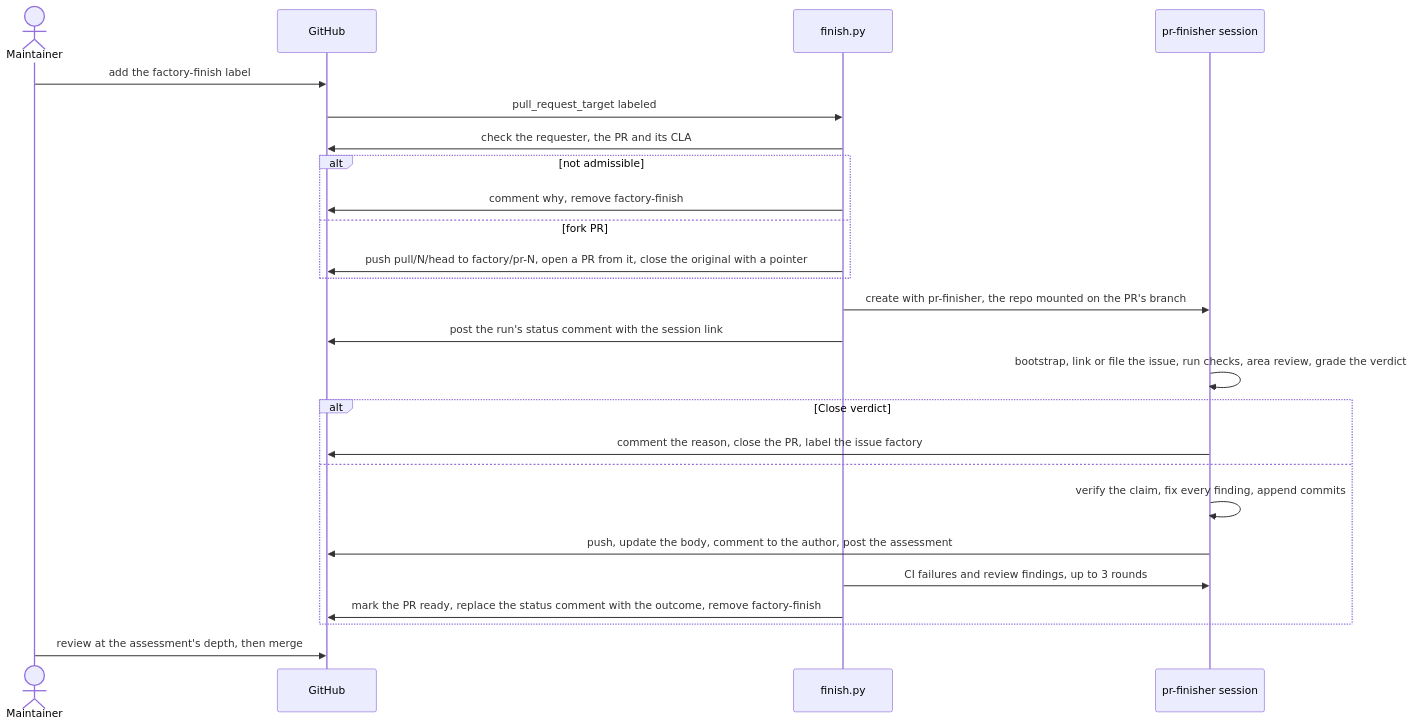
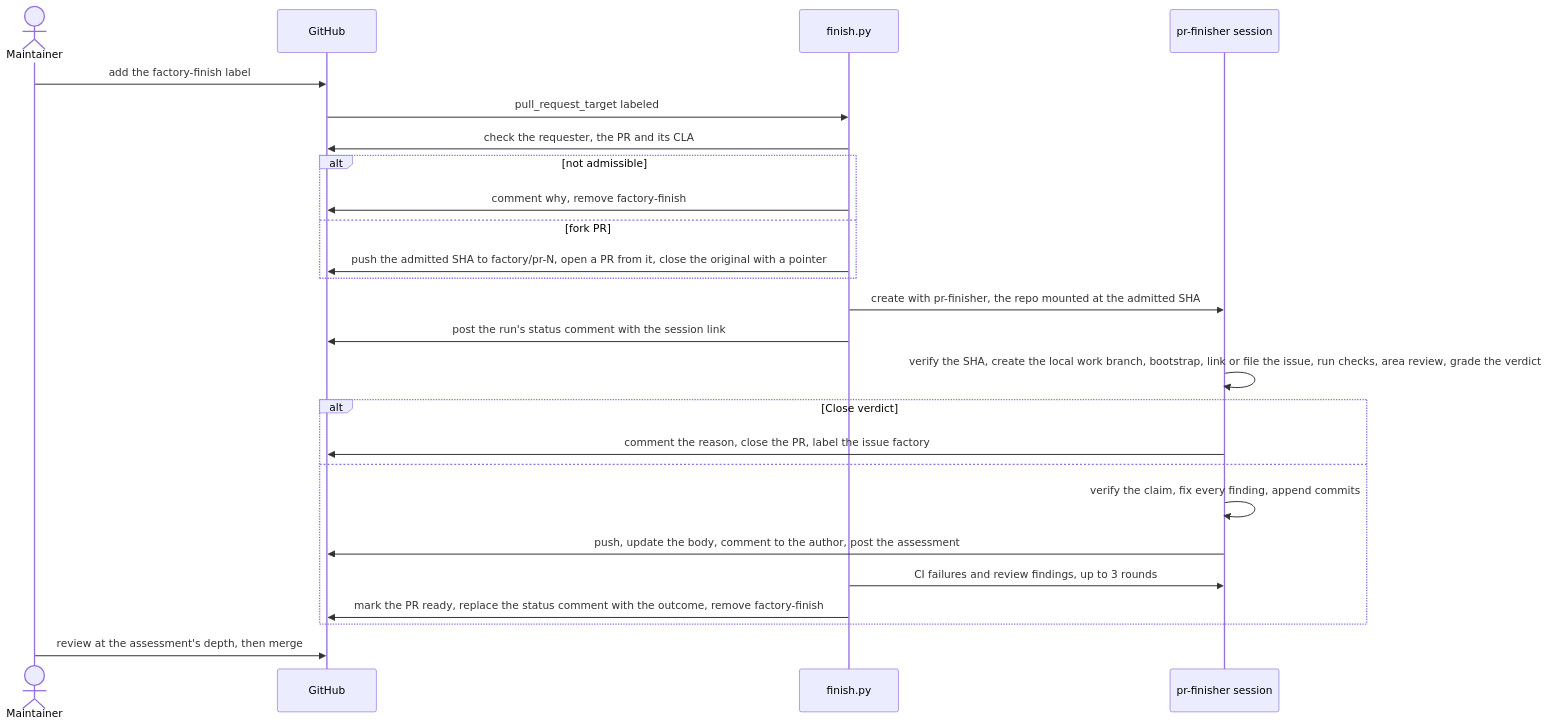
The fourth of 5 diagrams in factory/README.md (Arize-ai/phoenix), drawn with Mermaid before and after one commit. The commit also changed other lines of this file and 2 other files, not shown here.

Commit message:
docs(factory): align checkout flow and prepare reviewer base refs

````diff
--- a/factory/README.md
+++ b/factory/README.md
@@ -241,28 +241,28 @@
 ```mermaid
 sequenceDiagram
   actor maintainer as Maintainer
   participant github as GitHub
   participant finish as finish.py
   participant session as pr-finisher session
 
   maintainer->>github: add the factory-finish label
   github->>finish: pull_request_target labeled
   finish->>github: check the requester, the PR and its CLA
   alt not admissible
     finish->>github: comment why, remove factory-finish
   else fork PR
-    finish->>github: push pull/N/head to factory/pr-N, open a PR from it, close the original with a pointer
+    finish->>github: push the admitted SHA to factory/pr-N, open a PR from it, close the original with a pointer
   end
-  finish->>session: create with pr-finisher, the repo mounted on the PR's branch
+  finish->>session: create with pr-finisher, the repo mounted at the admitted SHA
   finish->>github: post the run's status comment with the session link
-  session->>session: bootstrap, link or file the issue, run checks, area review, grade the verdict
+  session->>session: verify the SHA, create the local work branch, bootstrap, link or file the issue, run checks, area review, grade the verdict
   alt Close verdict
     session->>github: comment the reason, close the PR, label the issue factory
   else
     session->>session: verify the claim, fix every finding, append commits
     session->>github: push, update the body, comment to the author, post the assessment
     finish->>session: CI failures and review findings, up to 3 rounds
     finish->>github: mark the PR ready, replace the status comment with the outcome, remove factory-finish
   end
   maintainer->>github: review at the assessment's depth, then merge
 ```
````
